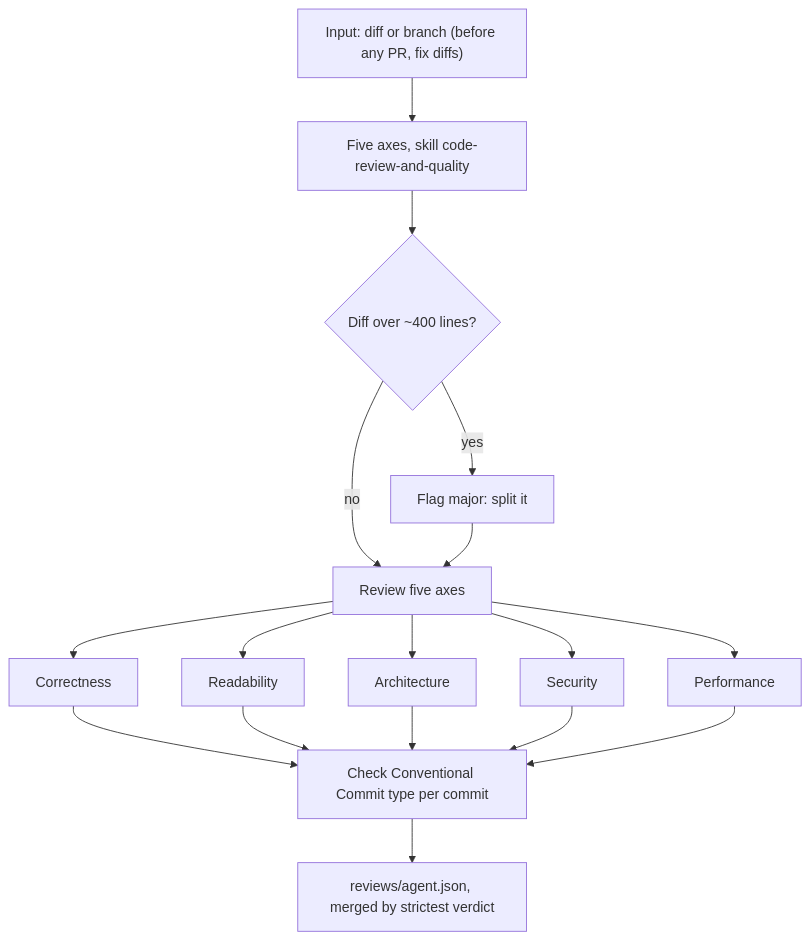
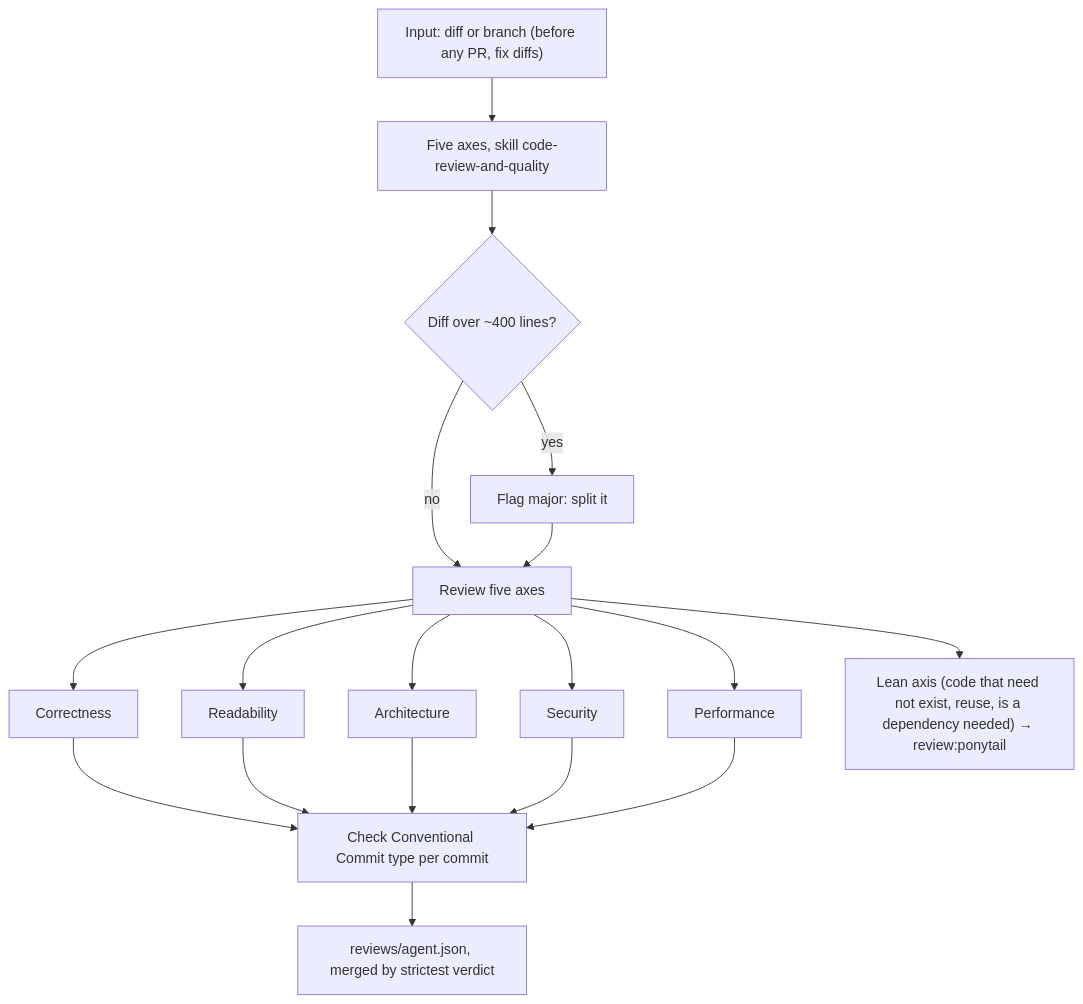
The third of 10 diagrams in src/agents/review/SCHEMA.md (nicolasmondain/adorno), drawn with Mermaid before and after one commit. The commit also changed other lines of this file and 8 other files, not shown here.

First line of the commit message:
refactor(review): scope review:ponytail to the lean axis (#23)

````diff
--- a/src/agents/review/SCHEMA.md
+++ b/src/agents/review/SCHEMA.md
@@ -39,19 +39,20 @@
 ```mermaid
 flowchart TD
   A["Input: diff or branch (before any PR, fix diffs)"] --> B["Five axes, skill code-review-and-quality"]
   B --> C{"Diff over ~400 lines?"}
   C -->|"yes"| D["Flag major: split it"]
   C -->|"no"| E["Review five axes"]
   D --> E
   E --> E1["Correctness"]
   E --> E2["Readability"]
   E --> E3["Architecture"]
   E --> E4["Security"]
   E --> E5["Performance"]
+  E --> L["Lean axis (code that need not exist, reuse, is a dependency needed) → review:ponytail"]
   E1 --> F["Check Conventional Commit type per commit"]
   E2 --> F
   E3 --> F
   E4 --> F
   E5 --> F
   F --> G["reviews/agent.json, merged by strictest verdict"]
 ```
````
